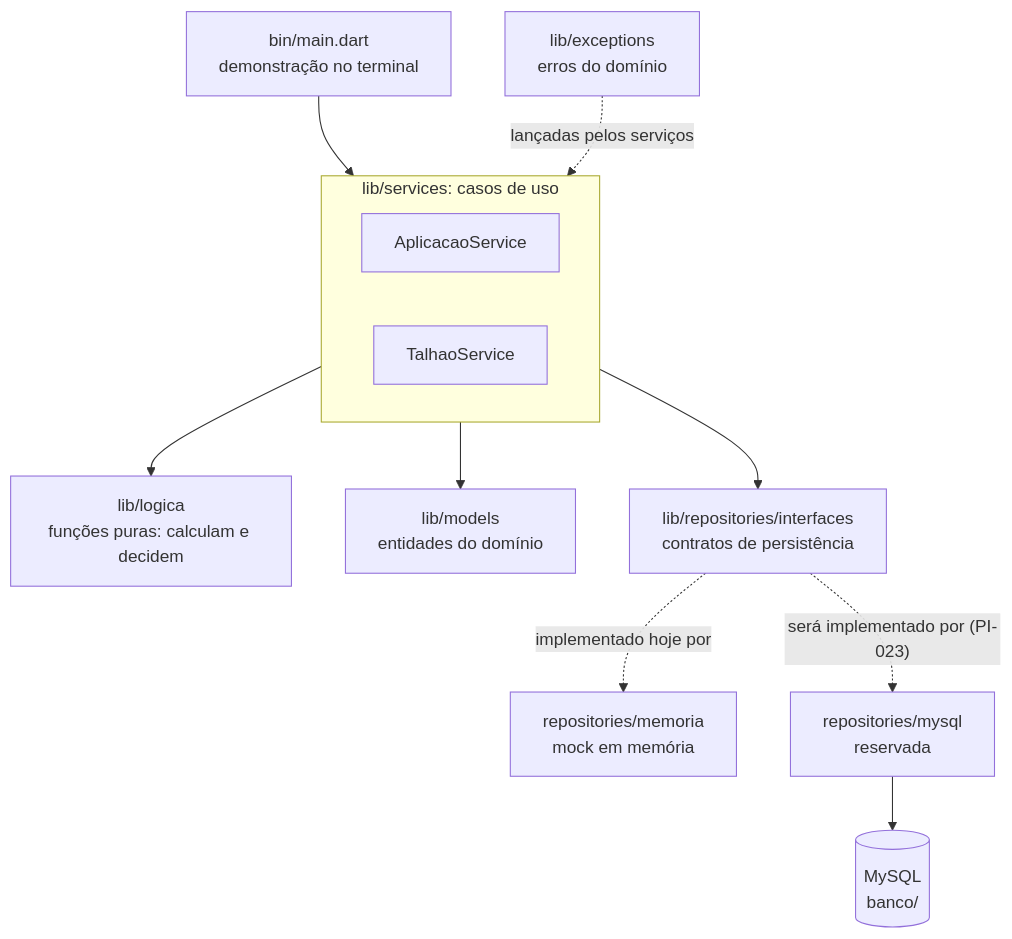
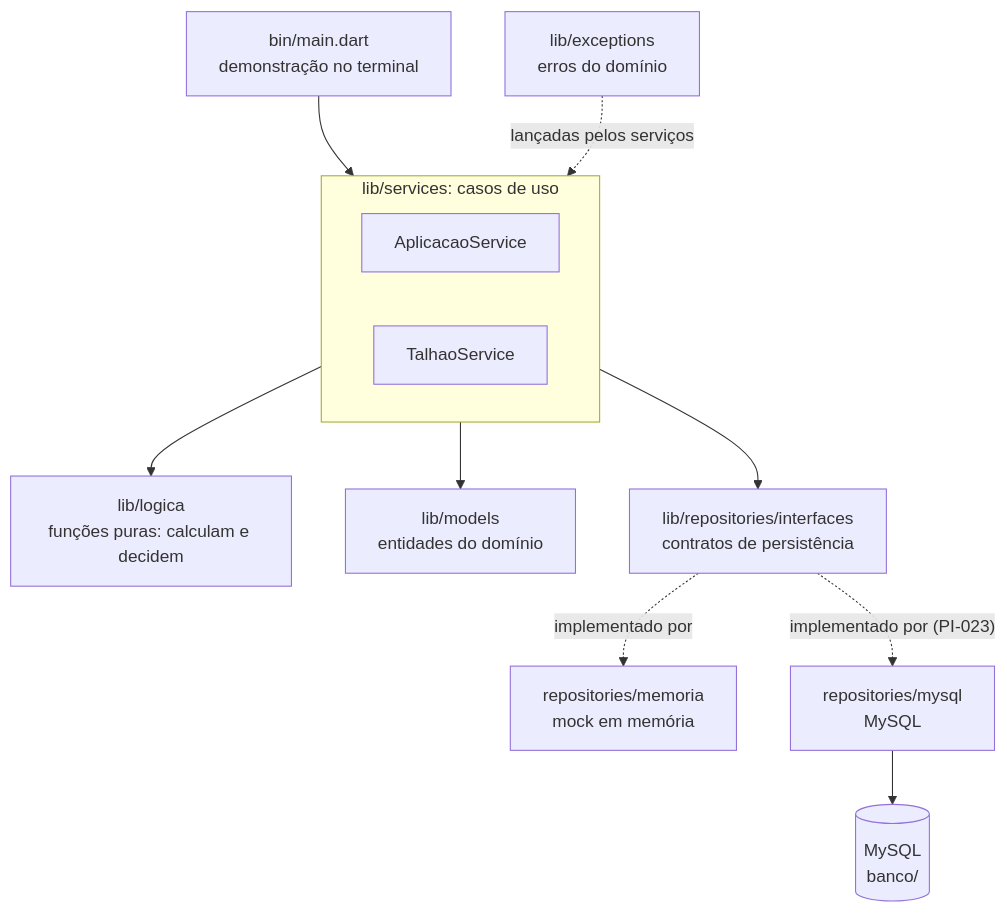
Before and after one commit to PI67feob/PI_2026_02: the diagram in README.md, drawn with Mermaid. The commit also changed other lines of this file and 20 other files, not shown here.

First line of the commit message:
feat(repositories): implementa os repositórios MySQL (PI-023)

````diff
--- a/README.md
+++ b/README.md
@@ -49,19 +49,19 @@
 ```mermaid
 flowchart TD
     MAIN["bin/main.dart<br/>demonstração no terminal"] --> SERV
 
     subgraph SERV["lib/services: casos de uso"]
         AS["AplicacaoService"]
         TS["TalhaoService"]
     end
 
     SERV --> LOG["lib/logica<br/>funções puras: calculam e decidem"]
     SERV --> MOD["lib/models<br/>entidades do domínio"]
     SERV --> IFACE["lib/repositories/interfaces<br/>contratos de persistência"]
 
-    IFACE -. "implementado hoje por" .-> MEM["repositories/memoria<br/>mock em memória"]
-    IFACE -. "será implementado por (PI-023)" .-> MYSQL["repositories/mysql<br/>reservada"]
+    IFACE -. "implementado por" .-> MEM["repositories/memoria<br/>mock em memória"]
+    IFACE -. "implementado por (PI-023)" .-> MYSQL["repositories/mysql<br/>MySQL"]
     MYSQL --> DB[("MySQL<br/>banco/")]
 
     EXC["lib/exceptions<br/>erros do domínio"] -. "lançadas pelos serviços" .-> SERV
 ```
````
